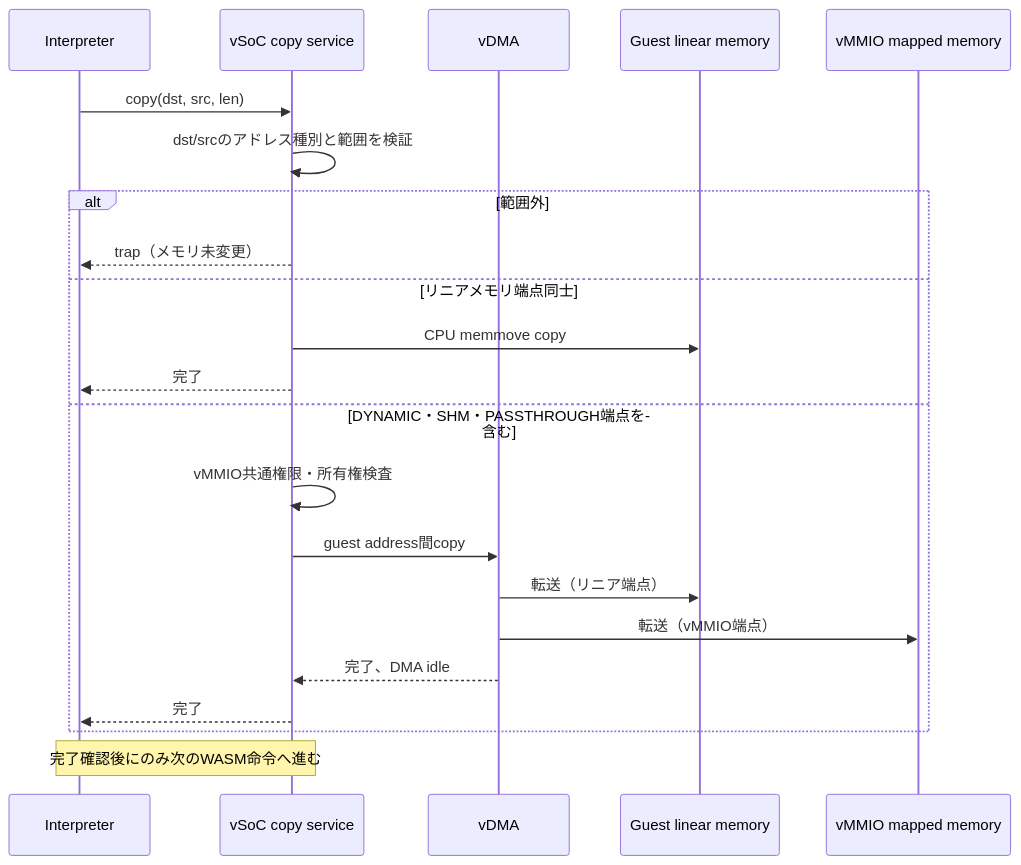
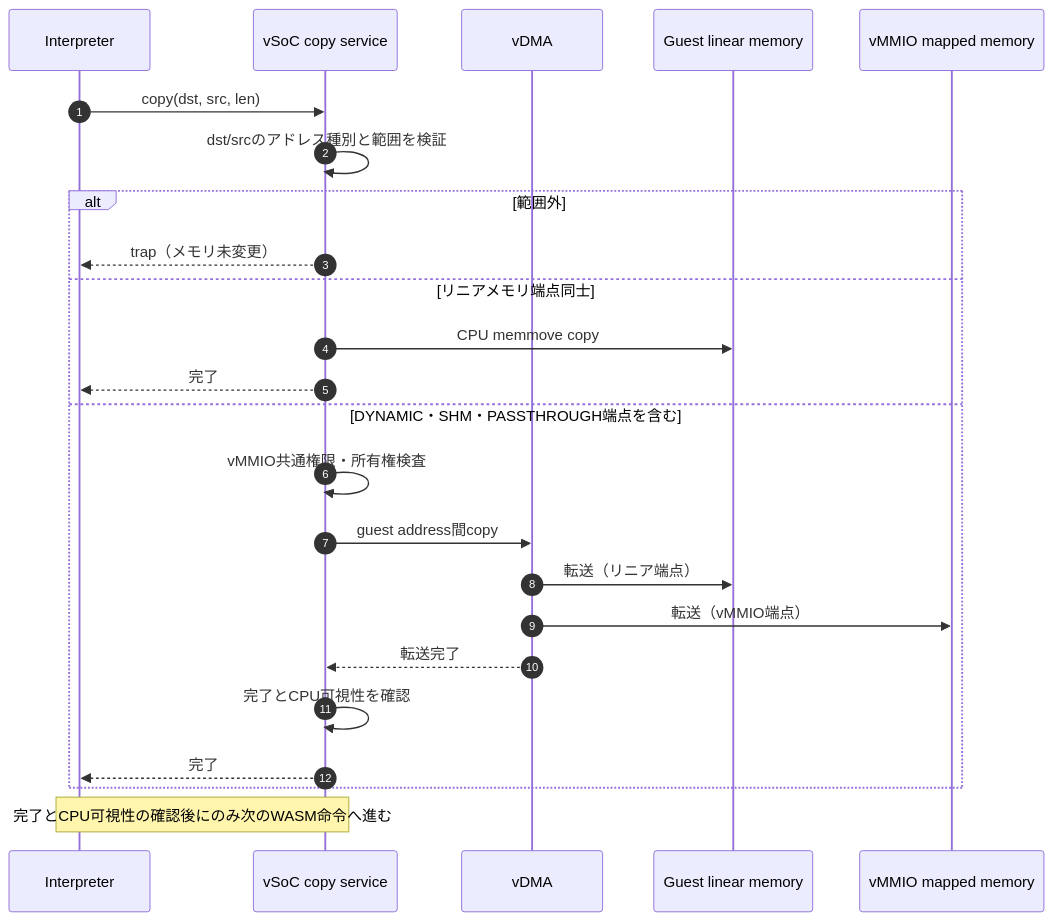
The fifth of 5 diagrams in docs/components/tier3_executer/interpreter.md (kmt-t/fireball), drawn with Mermaid before and after one commit. The commit also changed other lines of this file and 151 other files, not shown here.

````diff
--- a/docs/components/tier3_executer/interpreter.md
+++ b/docs/components/tier3_executer/interpreter.md
@@ -392,25 +397,27 @@
 ```mermaid
 sequenceDiagram
+    autonumber
     participant I as Interpreter
     participant V as vSoC copy service
     participant D as vDMA
     participant M as Guest linear memory
     participant P as vMMIO mapped memory
 
     I->>V: copy(dst, src, len)
     V->>V: dst/srcのアドレス種別と範囲を検証
     alt 範囲外
         V-->>I: trap（メモリ未変更）
     else リニアメモリ端点同士
         V->>M: CPU memmove copy
         V-->>I: 完了
     else DYNAMIC・SHM・PASSTHROUGH端点を含む
         V->>V: vMMIO共通権限・所有権検査
         V->>D: guest address間copy
         D->>M: 転送（リニア端点）
         D->>P: 転送（vMMIO端点）
-        D-->>V: 完了、DMA idle
+        D-->>V: 転送完了
+        V->>V: 完了とCPU可視性を確認
         V-->>I: 完了
     end
-    Note over I,V: 完了確認後にのみ次のWASM命令へ進む
+    Note over I,V: 完了とCPU可視性の確認後にのみ次のWASM命令へ進む
 ```
````
